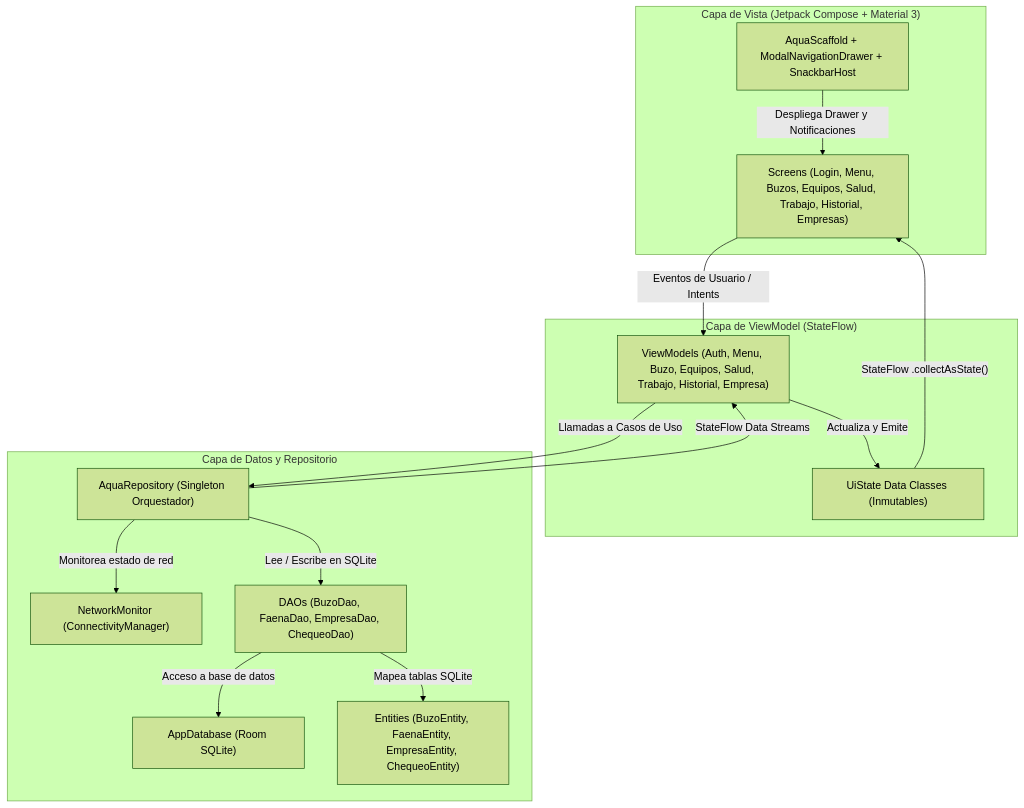
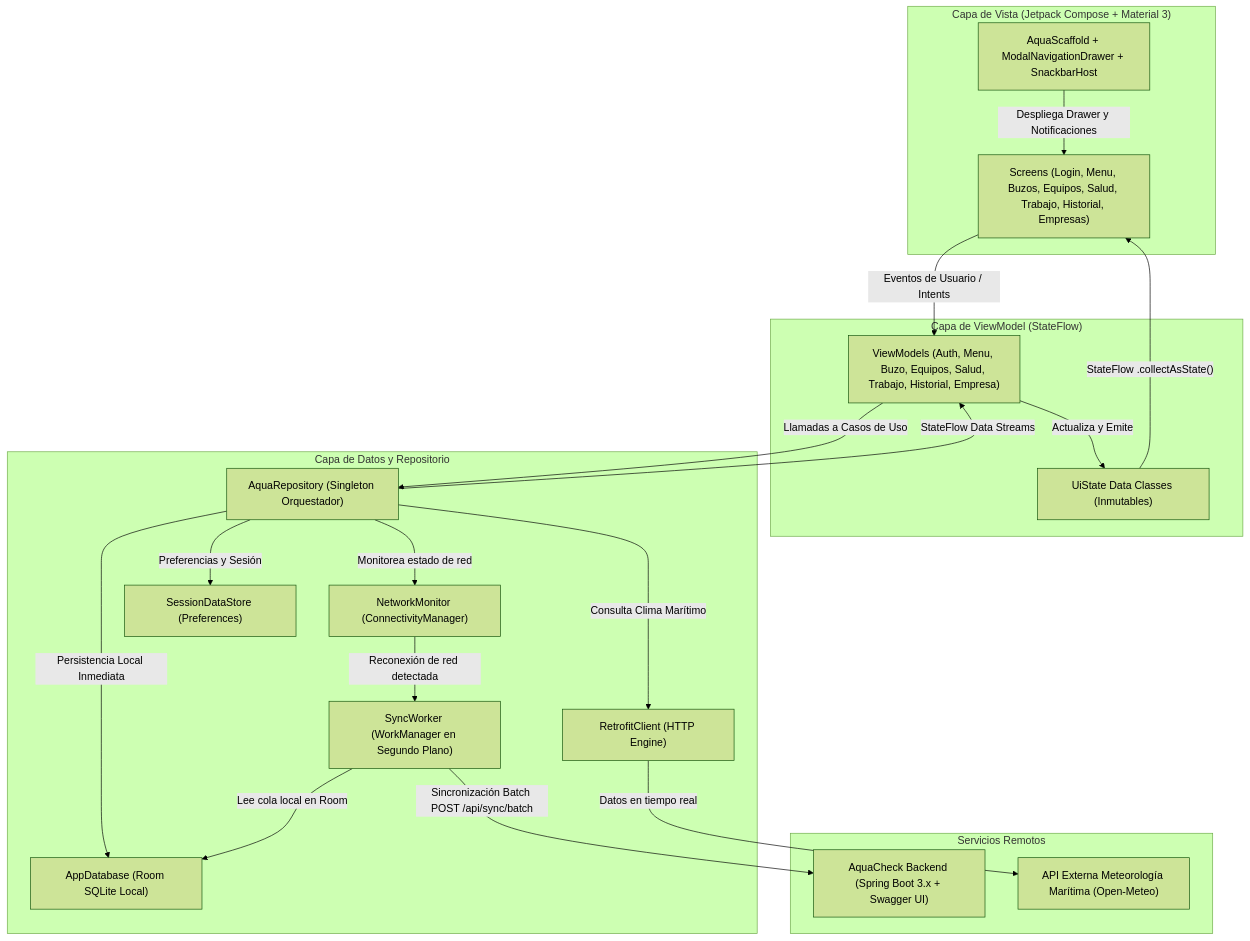
One commit to AjoloteHacker/Aqua-Registro changed the first of 2 diagrams in README.md. Above: the diagram before and after it, drawn with Mermaid (forest theme). The commit also changed other lines of this file and 60 other files, not shown here.

Commit message:
feat(aquacheck): implementacion completa para nota 7.0 (backend spring boot, retrofit, workmanager, testing >90%, signingConfigs y resumen)

````diff
--- a/README.md
+++ b/README.md
@@ -55,31 +55,41 @@
 ```mermaid
 graph TD
     subgraph UI ["Capa de Vista (Jetpack Compose + Material 3)"]
         Screens["Screens (Login, Menu, Buzos, Equipos, Salud, Trabajo, Historial, Empresas)"]
         Scaffold["AquaScaffold + ModalNavigationDrawer + SnackbarHost"]
     end
 
     subgraph ViewModel ["Capa de ViewModel (StateFlow)"]
         VM["ViewModels (Auth, Menu, Buzo, Equipos, Salud, Trabajo, Historial, Empresa)"]
         UiState["UiState Data Classes (Inmutables)"]
     end
 
     subgraph Data ["Capa de Datos y Repositorio"]
         Repo["AquaRepository (Singleton Orquestador)"]
         NetMon["NetworkMonitor (ConnectivityManager)"]
-        RoomDB["AppDatabase (Room SQLite)"]
-        DAOs["DAOs (BuzoDao, FaenaDao, EmpresaDao, ChequeoDao)"]
-        Entities["Entities (BuzoEntity, FaenaEntity, EmpresaEntity, ChequeoEntity)"]
+        RoomDB["AppDatabase (Room SQLite Local)"]
+        DataStore["SessionDataStore (Preferences)"]
+        WorkMgr["SyncWorker (WorkManager en Segundo Plano)"]
+        RetrofitClient["RetrofitClient (HTTP Engine)"]
+    end
+
+    subgraph Backend ["Servicios Remotos"]
+        SpringBoot["AquaCheck Backend (Spring Boot 3.x + Swagger UI)"]
+        OpenMeteo["API Externa Meteorología Marítima (Open-Meteo)"]
     end
 
     Screens -->|Eventos de Usuario / Intents| VM
     VM -->|Actualiza y Emite| UiState
     UiState -->|"StateFlow .collectAsState()"| Screens
     VM -->|Llamadas a Casos de Uso| Repo
     Repo -->|StateFlow Data Streams| VM
     Repo -->|Monitorea estado de red| NetMon
-    Repo -->|Lee / Escribe en SQLite| DAOs
-    DAOs -->|Mapea tablas SQLite| Entities
-    DAOs -->|Acceso a base de datos| RoomDB
+    Repo -->|Persistencia Local Inmediata| RoomDB
+    Repo -->|Preferencias y Sesión| DataStore
+    Repo -->|Consulta Clima Marítimo| RetrofitClient
+    RetrofitClient -->|Datos en tiempo real| OpenMeteo
+    NetMon -->|Reconexión de red detectada| WorkMgr
+    WorkMgr -->|Lee cola local en Room| RoomDB
+    WorkMgr -->|Sincronización Batch POST /api/sync/batch| SpringBoot
     Scaffold -->|Despliega Drawer y Notificaciones| Screens
 ```
````
